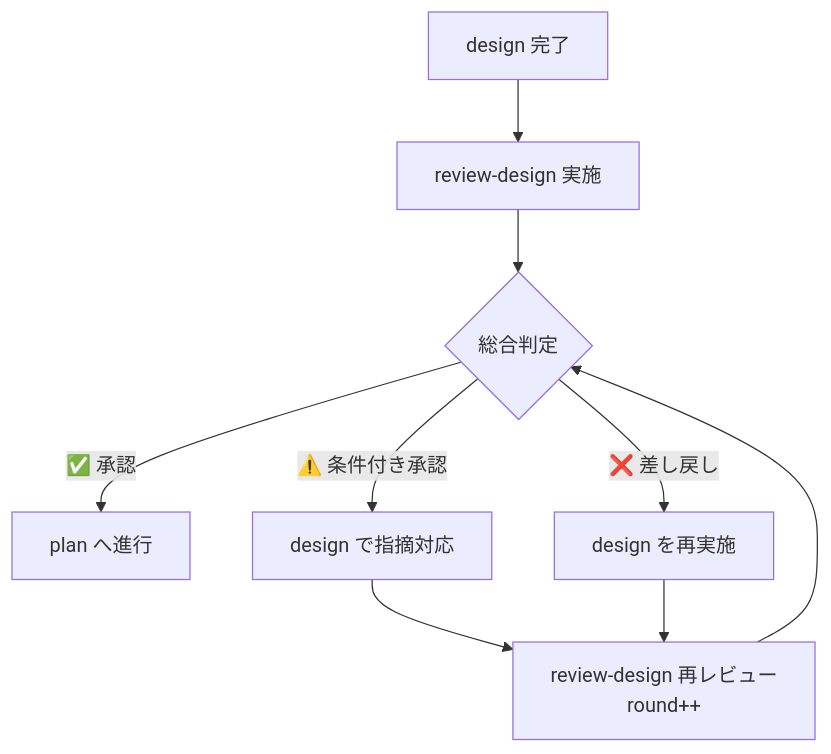
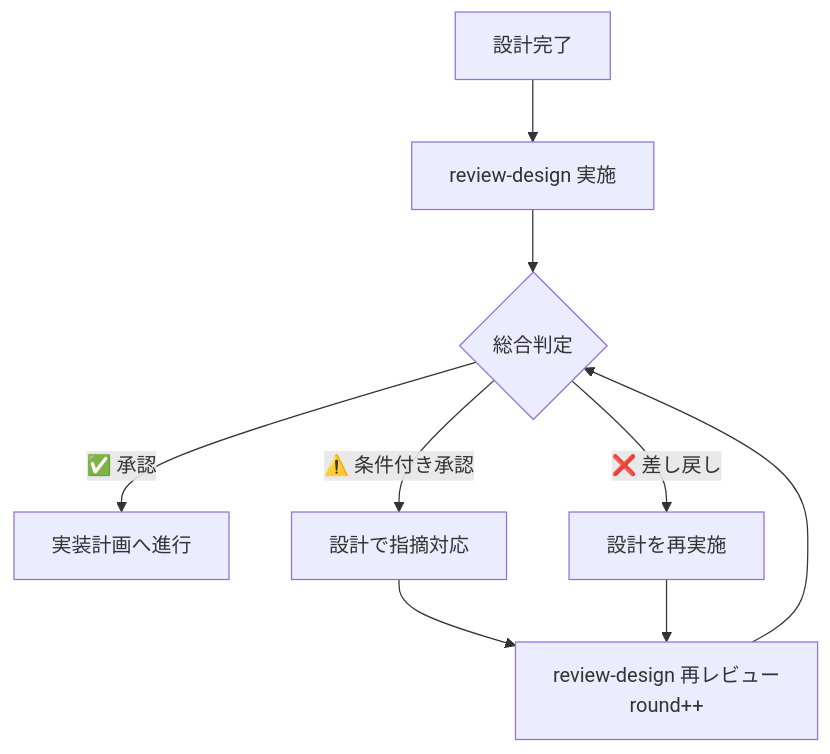
The first of 2 diagrams in .claude/skills/review-design/SKILL.md (NagasakaH/dev-process), drawn with Mermaid before and after one commit. The commit also changed other lines of this file and 30 other files, not shown here.

````diff
--- a/.claude/skills/review-design/SKILL.md
+++ b/.claude/skills/review-design/SKILL.md
@@ -35,11 +29,11 @@
 ```mermaid
 flowchart TD
-    A[design 完了] --> B[review-design 実施]
+    A[設計完了] --> B[review-design 実施]
     B --> C{総合判定}
-    C -->|✅ 承認| D[plan へ進行]
-    C -->|⚠️ 条件付き承認| E[design で指摘対応]
-    C -->|❌ 差し戻し| F[design を再実施]
+    C -->|✅ 承認| D[実装計画へ進行]
+    C -->|⚠️ 条件付き承認| E[設計で指摘対応]
+    C -->|❌ 差し戻し| F[設計を再実施]
     E --> G[review-design 再レビュー\nround++]
     F --> G
     G --> C
 ```
````
